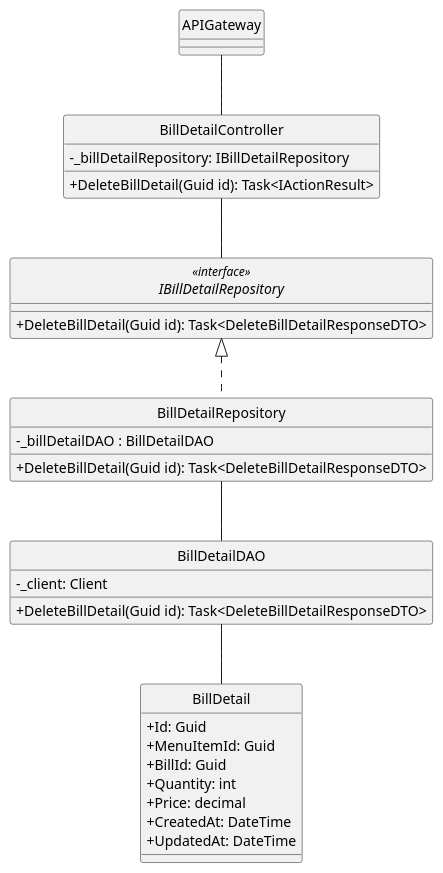
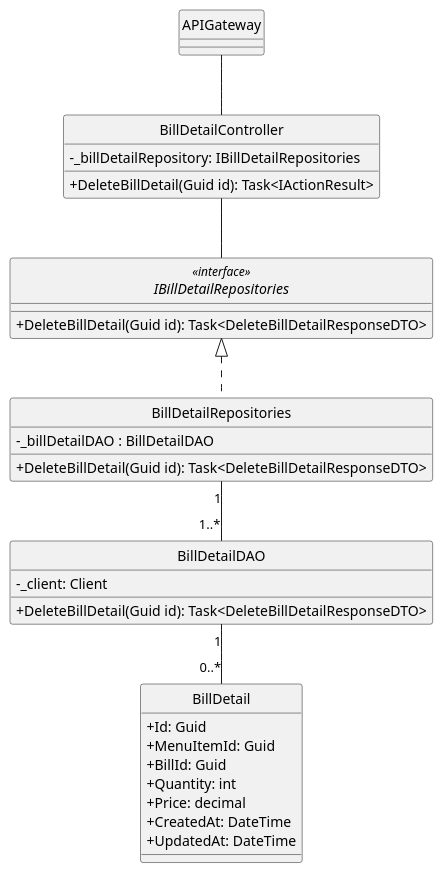
The diagram in docs/ClassDiagram/BillDetail/DeleteBillDetail.plantuml (minhnhut23/FPT-OBOMS), drawn with PlantUML before and after one commit. The commit also changed 10 other files, not shown here.

Commit message:
sequence diagram for bill feature

```diff
--- a/docs/ClassDiagram/BillDetail/DeleteBillDetail.plantuml
+++ b/docs/ClassDiagram/BillDetail/DeleteBillDetail.plantuml
@@ -1,43 +1,43 @@
 @startuml
 hide circle
 skinparam classAttributeIconSize 0
 
 class APIGateway {
 }
 
 class BillDetailController {
-    - _billDetailRepository: IBillDetailRepository 
+    - _billDetailRepository: IBillDetailRepositories 
     + DeleteBillDetail(Guid id): Task<IActionResult>
 }
 
-interface IBillDetailRepository<<interface>>  {
+interface IBillDetailRepositories<<interface>>  {
     +DeleteBillDetail(Guid id): Task<DeleteBillDetailResponseDTO>
 }
 
-class BillDetailRepository {
+class BillDetailRepositories {
     - _billDetailDAO : BillDetailDAO
     +DeleteBillDetail(Guid id): Task<DeleteBillDetailResponseDTO>
 }
 
 class BillDetailDAO {
     - _client: Client
     +DeleteBillDetail(Guid id): Task<DeleteBillDetailResponseDTO>
 }
 
 class BillDetail {
     +Id: Guid
     +MenuItemId: Guid
     +BillId: Guid
     +Quantity: int
     +Price: decimal
     +CreatedAt: DateTime
     +UpdatedAt: DateTime
 }
 
 APIGateway -- BillDetailController
-BillDetailController -- IBillDetailRepository
-IBillDetailRepository <|.. BillDetailRepository
-BillDetailRepository -- BillDetailDAO
-BillDetailDAO -- BillDetail
+BillDetailController -- IBillDetailRepositories
+IBillDetailRepositories <|.. BillDetailRepositories
+BillDetailRepositories "1" -- "1..*" BillDetailDAO
+BillDetailDAO "1" -- "0..*" BillDetail
 
 @enduml
```
